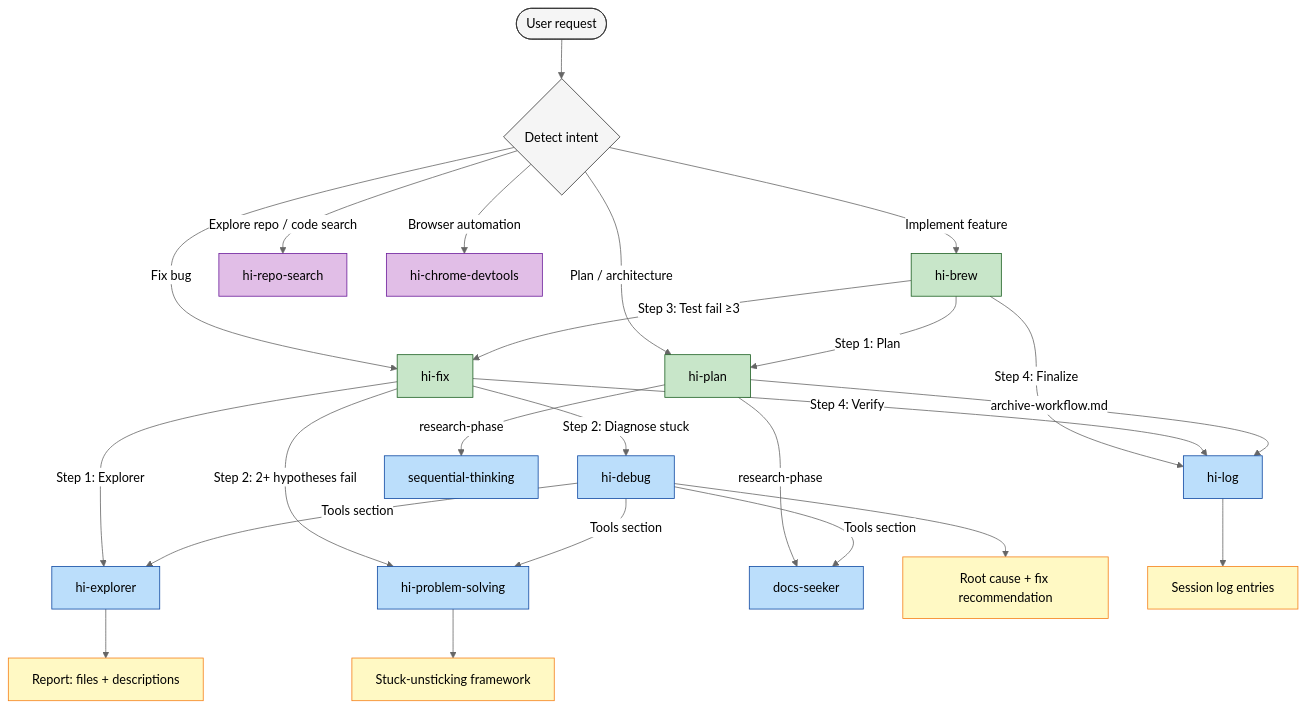
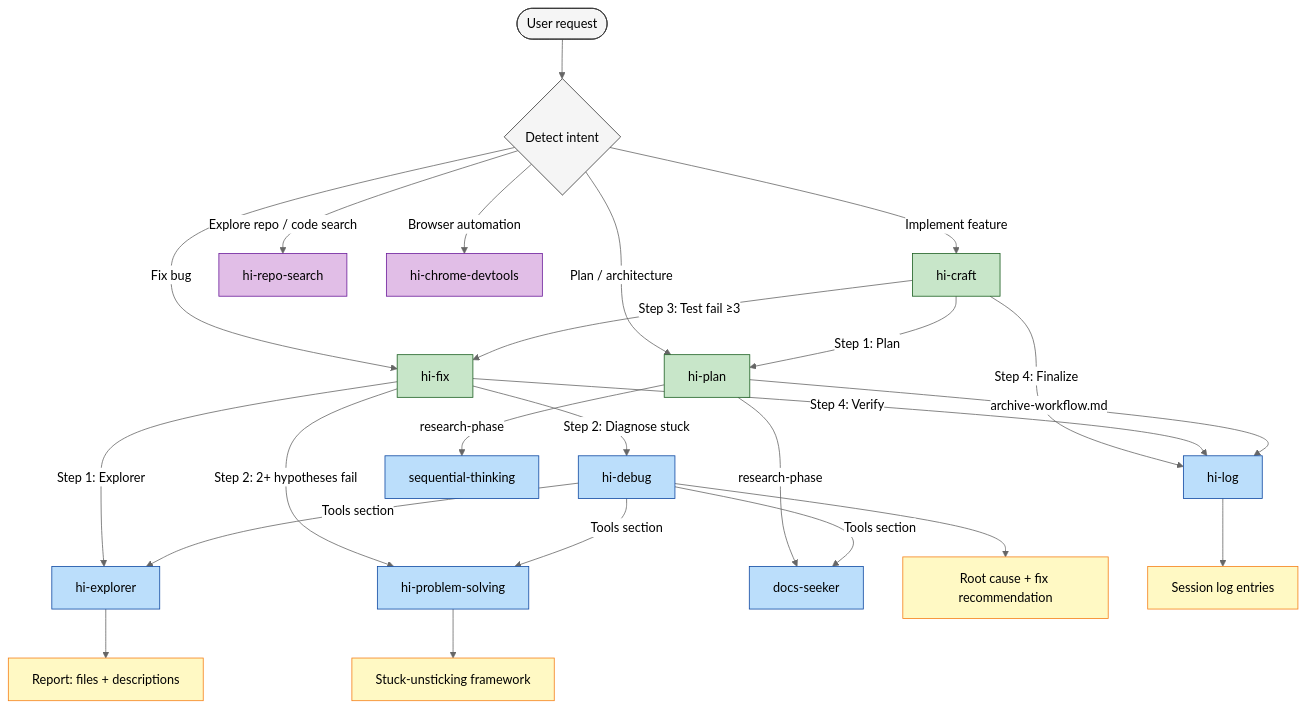
One commit to baka3k/dev-kit changed the seventh of 7 diagrams in devkit.md. Above: the diagram before and after it, drawn with Mermaid (neutral theme). The commit also changed other lines of this file and 5 other files, not shown here.

````diff
--- a/devkit.md
+++ b/devkit.md
@@ -183,45 +183,45 @@
 ```mermaid
 graph TD
     User([User request]) --> Detect{Detect intent}
 
-    Detect -->|Implement feature| Brew[hi-brew]
+    Detect -->|Implement feature| Craft[hi-craft]
     Detect -->|Fix bug| Fix[hi-fix]
     Detect -->|Plan / architecture| Plan[hi-plan]
     Detect -->|Explore repo / code search| RepoSearch[hi-repo-search]
     Detect -->|Browser automation| Chrome[hi-chrome-devtools]
 
-    Brew -->|Step 1: Plan| Plan
-    Brew -->|Step 3: Test fail ≥3| Fix
-    Brew -->|Step 4: Finalize| Log[hi-log]
+    Craft -->|Step 1: Plan| Plan
+    Craft -->|Step 3: Test fail ≥3| Fix
+    Craft -->|Step 4: Finalize| Log[hi-log]
 
     Fix -->|Step 1: Explorer| explorer[hi-explorer]
     Fix -->|Step 2: Diagnose stuck| Debug[hi-debug]
     Fix -->|Step 2: 2+ hypotheses fail| PS[hi-problem-solving]
     Fix -->|Step 4: Verify| Log
 
     Plan -->|research-phase| ST[sequential-thinking]
     Plan -->|research-phase| Docs[docs-seeker]
     Plan -->|archive-workflow.md| Log
 
     Debug -->|Tools section| explorer
     Debug -->|Tools section| Docs
     Debug -->|Tools section| PS
 
     explorer --> Output[Report: files + descriptions]
     Debug --> Output2[Root cause + fix recommendation]
     PS --> Output3[Stuck-unsticking framework]
     Log --> Output4[Session log entries]
 
     classDef primary fill:#c8e6c9,stroke:#1b5e20,color:#000
     classDef tool fill:#e1bee7,stroke:#6a1b9a,color:#000
     classDef linked fill:#bbdefb,stroke:#0d47a1,color:#000
     classDef leaf fill:#fff9c4,stroke:#f57f17,color:#000
     classDef endnode fill:#f5f5f5,stroke:#333,color:#000
 
-    class Brew,Fix,Plan primary
+    class Craft,Fix,Plan primary
     class RepoSearch,Chrome tool
     class explorer,Debug,Log,ST,Docs,PS linked
     class Output,Output2,Output3,Output4 leaf
     class User,Detect endnode
 
 ```
````
